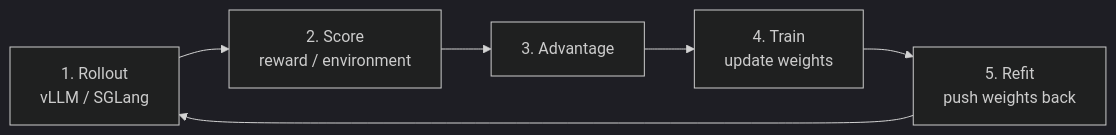
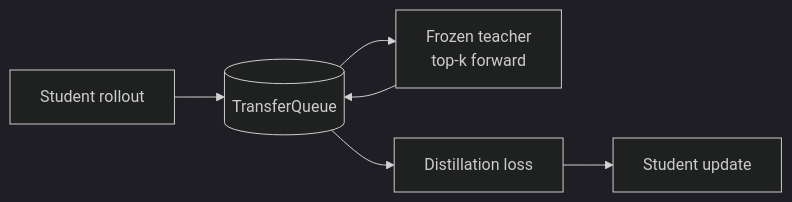
The third of 3 diagrams in open-source/nemo-rl/README.en.md (tianyi-zhang-02/cooking-agi), drawn with Mermaid (dark theme) before and after one commit. The commit also changed other lines of this file and 89 other files, not shown here.

````diff
--- a/open-source/nemo-rl/README.en.md
+++ b/open-source/nemo-rl/README.en.md
@@ -127,8 +103,8 @@
 ```mermaid
 flowchart LR
-    A["1. Rollout<br/>vLLM / SGLang"] --> B["2. Score<br/>reward / environment"]
-    B --> C["3. Advantage"]
-    C --> D["4. Train<br/>update weights"]
-    D --> E["5. Refit<br/>push weights back"]
-    E --> A
+    A["Student rollout"] --> Q[("TransferQueue")]
+    Q --> T["Frozen teacher<br/>top-k forward"]
+    T --> Q
+    Q --> L["Distillation loss"]
+    L --> S["Student update"]
 ```
````
